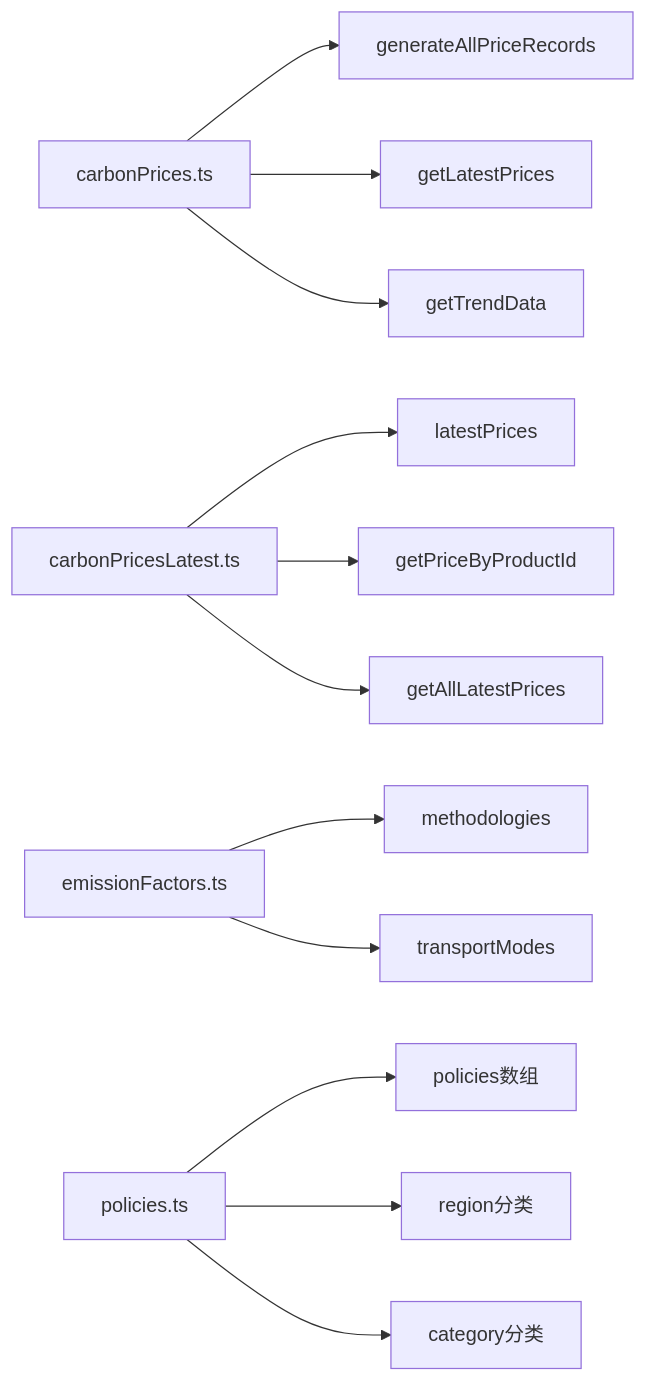
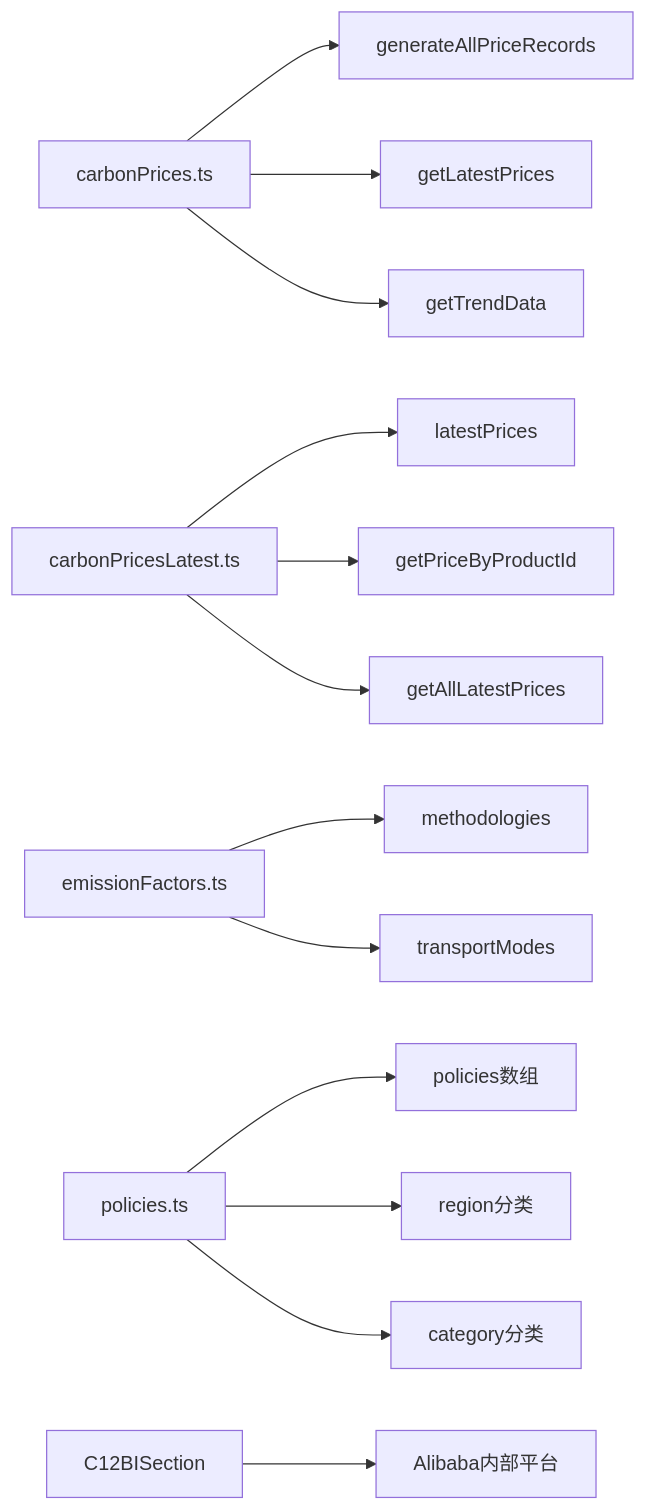
Diagram 14 of 14 in .qoder/repowiki/zh/content/功能模块/数据仪表板模块.md (liangxuanliang-cmd/carbon-info-agent), drawn with Mermaid before and after one commit. The commit also changed other lines of this file and 33 other files, not shown here.

````diff
--- a/.qoder/repowiki/zh/content/功能模块/数据仪表板模块.md
+++ b/.qoder/repowiki/zh/content/功能模块/数据仪表板模块.md
@@ -443,14 +528,15 @@
 ```mermaid
 flowchart LR
 A[carbonPrices.ts] --> B[generateAllPriceRecords]
 A --> C[getLatestPrices]
 A --> D[getTrendData]
 E[carbonPricesLatest.ts] --> F[latestPrices]
 E --> G[getPriceByProductId]
 E --> H[getAllLatestPrices]
 I[emissionFactors.ts] --> J[methodologies]
 I --> K[transportModes]
 L[policies.ts] --> M[policies数组]
 L --> N[region分类]
 L --> O[category分类]
+P[C12BISection] --> Q[Alibaba内部平台]
 ```
````
